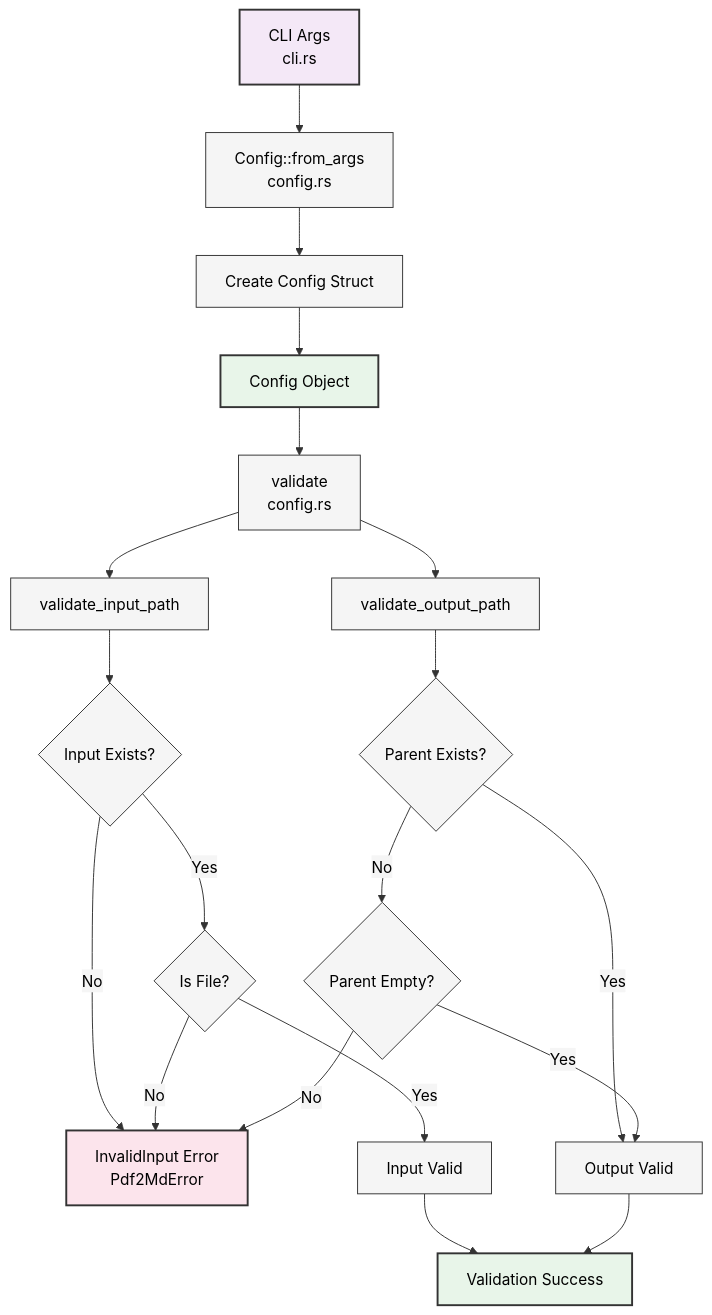
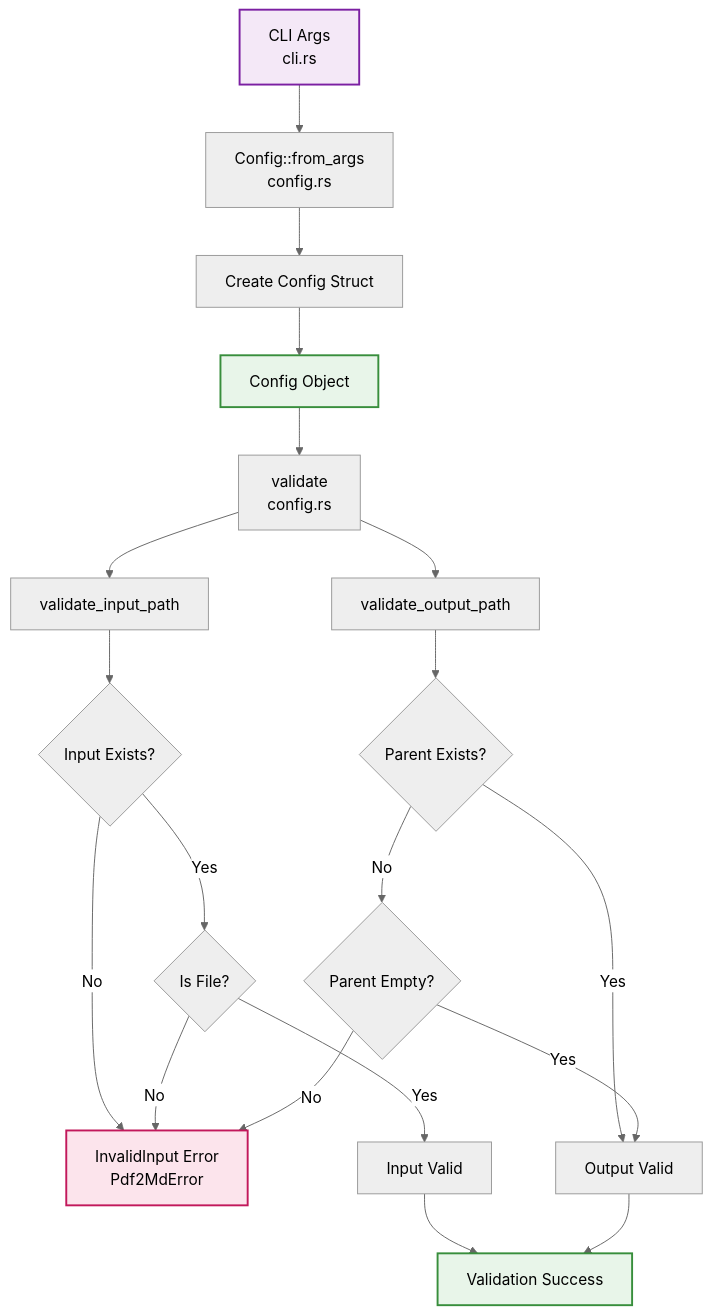
The first of 2 diagrams in wiki/Configuration-Component.md (softwarewrighter/pdf2md), drawn with Mermaid before and after one commit. The commit also changed 7 other files, not shown here.

First line of the commit message:
fix: update mermaid diagrams for GitHub dark mode compatibility

````diff
--- a/wiki/Configuration-Component.md
+++ b/wiki/Configuration-Component.md
@@ -18,32 +18,32 @@
 ```mermaid
-%%{init: {'theme':'base', 'themeVariables': {'primaryColor':'#f5f5f5','primaryTextColor':'#000','primaryBorderColor':'#333','lineColor':'#333','secondaryColor':'#f5f5f5','tertiaryColor':'#f5f5f5'}}}%%
+%%{init: {'theme':'neutral'}}%%
 graph TB
     A[CLI Args<br/>cli.rs] --> B[Config::from_args<br/>config.rs]
     B --> C[Create Config Struct]
     C --> D[Config Object]
 
     D --> E[validate<br/>config.rs]
     E --> F[validate_input_path]
     E --> G[validate_output_path]
 
     F --> H{Input Exists?}
     H -->|Yes| I{Is File?}
     H -->|No| J[InvalidInput Error<br/>Pdf2MdError]
 
     I -->|Yes| K[Input Valid]
     I -->|No| J
 
     G --> L{Parent Exists?}
     L -->|Yes| M[Output Valid]
     L -->|No| N{Parent Empty?}
     N -->|Yes| M
     N -->|No| J
 
     K --> O[Validation Success]
     M --> O
 
-    style A fill:#f4e8f7,stroke:#333,stroke-width:2px,color:#000
-    style D fill:#e8f5e9,stroke:#333,stroke-width:2px,color:#000
-    style O fill:#e8f5e9,stroke:#333,stroke-width:2px,color:#000
-    style J fill:#fce4ec,stroke:#333,stroke-width:2px,color:#000
+    style A fill:#f4e8f7,stroke:#7b1fa2,stroke-width:2px
+    style D fill:#e8f5e9,stroke:#388e3c,stroke-width:2px
+    style O fill:#e8f5e9,stroke:#388e3c,stroke-width:2px
+    style J fill:#fce4ec,stroke:#c2185b,stroke-width:2px
 ```
````
